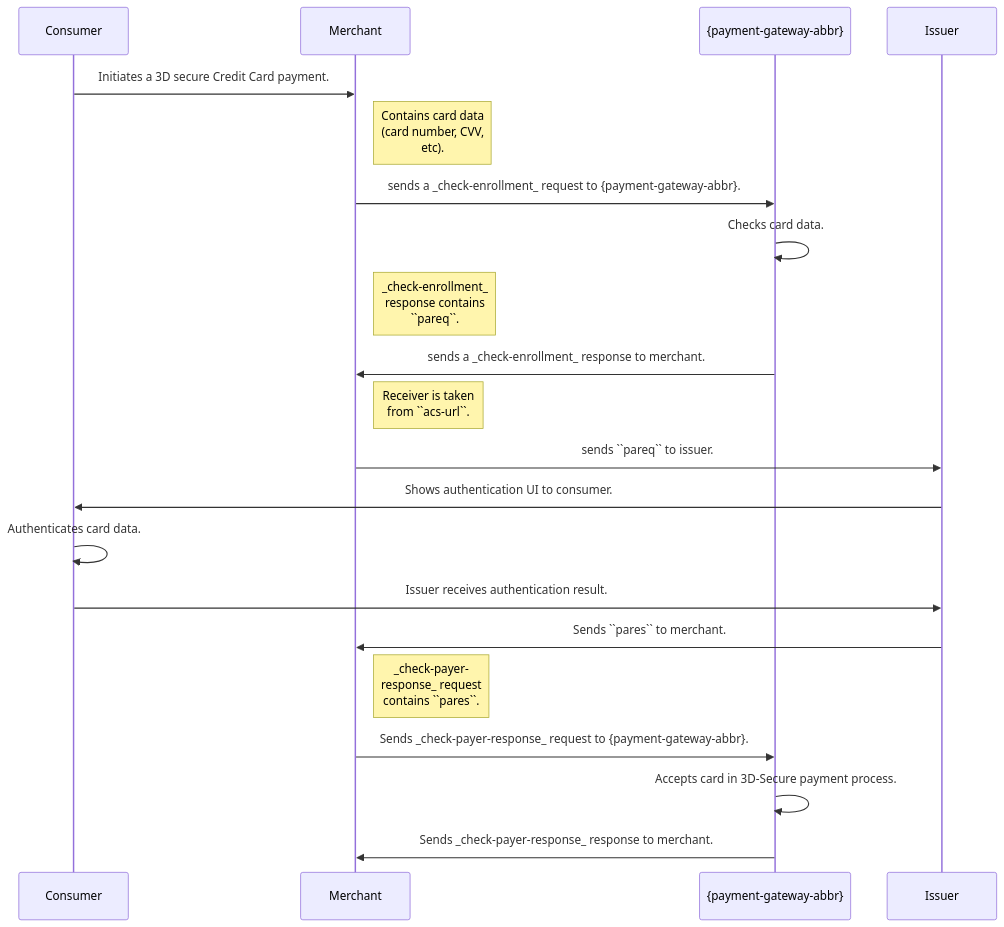
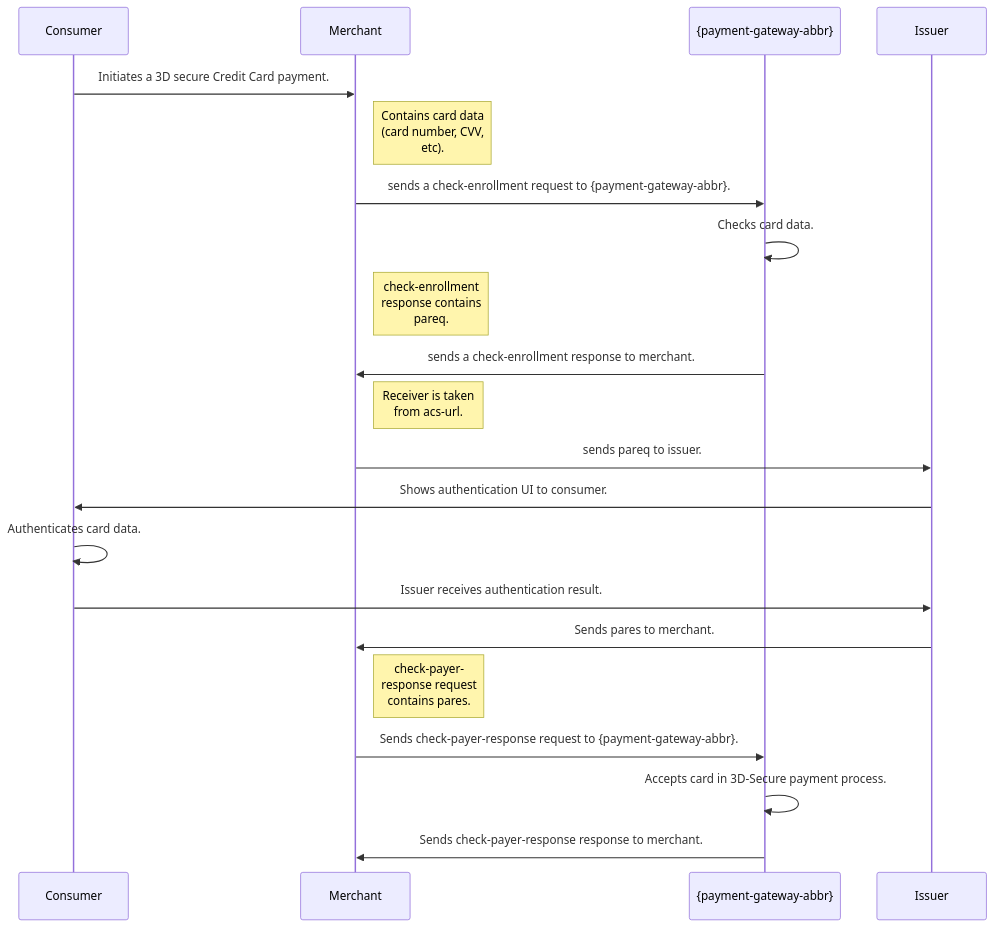
One commit to wirecard/merchant-documentation-gateway changed the first of 2 diagrams in 11-01-08-testcards.adoc. Above: the diagram before and after it, drawn with Mermaid. The commit also changed other lines of this file, not shown here.

Commit message:
Remove formatting from mermaid graphic

```diff
--- a/11-01-08-testcards.adoc
+++ b/11-01-08-testcards.adoc
@@ -242,24 +242,24 @@
 [mermaid, 3DS2_TestCards_Workflow,svg,subs=attributes+]
 ----
 sequenceDiagram
     participant Consumer
     participant Merchant
     participant {payment-gateway-abbr}
     participant Issuer
 Consumer->>Merchant: Initiates a 3D secure Credit Card payment.
 Note right of Merchant: Contains card data <br/>(card number, CVV, <br/> etc).
-Merchant->>{payment-gateway-abbr}: sends a _check-enrollment_ request to {payment-gateway-abbr}.
+Merchant->>{payment-gateway-abbr}: sends a check-enrollment request to {payment-gateway-abbr}.
 {payment-gateway-abbr}->>{payment-gateway-abbr}: Checks card data.
-Note right of Merchant: _check-enrollment_ <br/>response contains <br/>``pareq``.
-{payment-gateway-abbr}->>Merchant: sends a _check-enrollment_ response to merchant.
-Note right of Merchant: Receiver is taken <br/>from ``acs-url``.
-Merchant->>Issuer: sends ``pareq`` to issuer.
+Note right of Merchant: check-enrollment <br/>response contains <br/>pareq.
+{payment-gateway-abbr}->>Merchant: sends a check-enrollment response to merchant.
+Note right of Merchant: Receiver is taken <br/>from acs-url.
+Merchant->>Issuer: sends pareq to issuer.
 Issuer->>Consumer: Shows authentication UI to consumer.
 Consumer->>Consumer: Authenticates card data.
 Consumer->>Issuer: Issuer receives authentication result.
-Issuer->>Merchant: Sends ``pares`` to merchant.
-Note right of Merchant: _check-payer- <br/>response_ request <br/>contains ``pares``.
-Merchant->>{payment-gateway-abbr}: Sends _check-payer-response_ request to {payment-gateway-abbr}.
+Issuer->>Merchant: Sends pares to merchant.
+Note right of Merchant: check-payer- <br/>response request <br/>contains pares.
+Merchant->>{payment-gateway-abbr}: Sends check-payer-response request to {payment-gateway-abbr}.
 {payment-gateway-abbr}->>{payment-gateway-abbr}: Accepts card in 3D-Secure payment process.
-{payment-gateway-abbr}->>Merchant: Sends _check-payer-response_ response to merchant.
+{payment-gateway-abbr}->>Merchant: Sends check-payer-response response to merchant.
 ----
```
